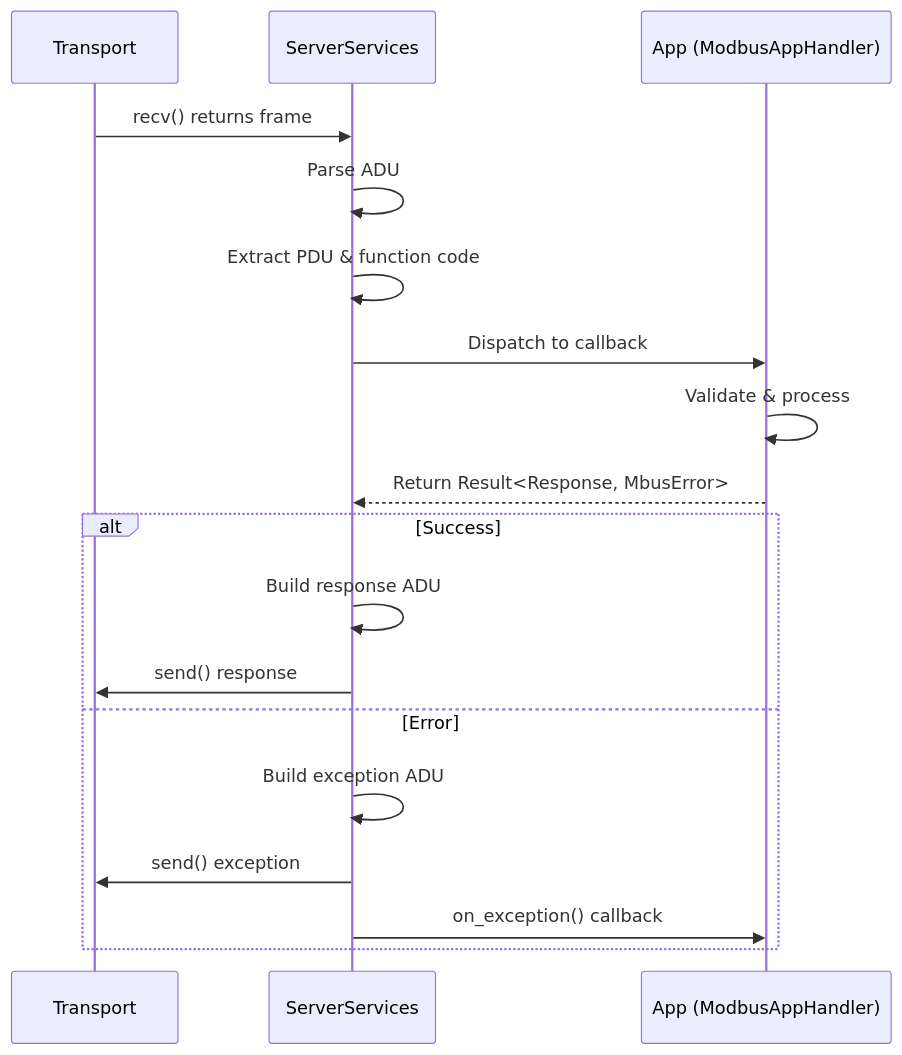
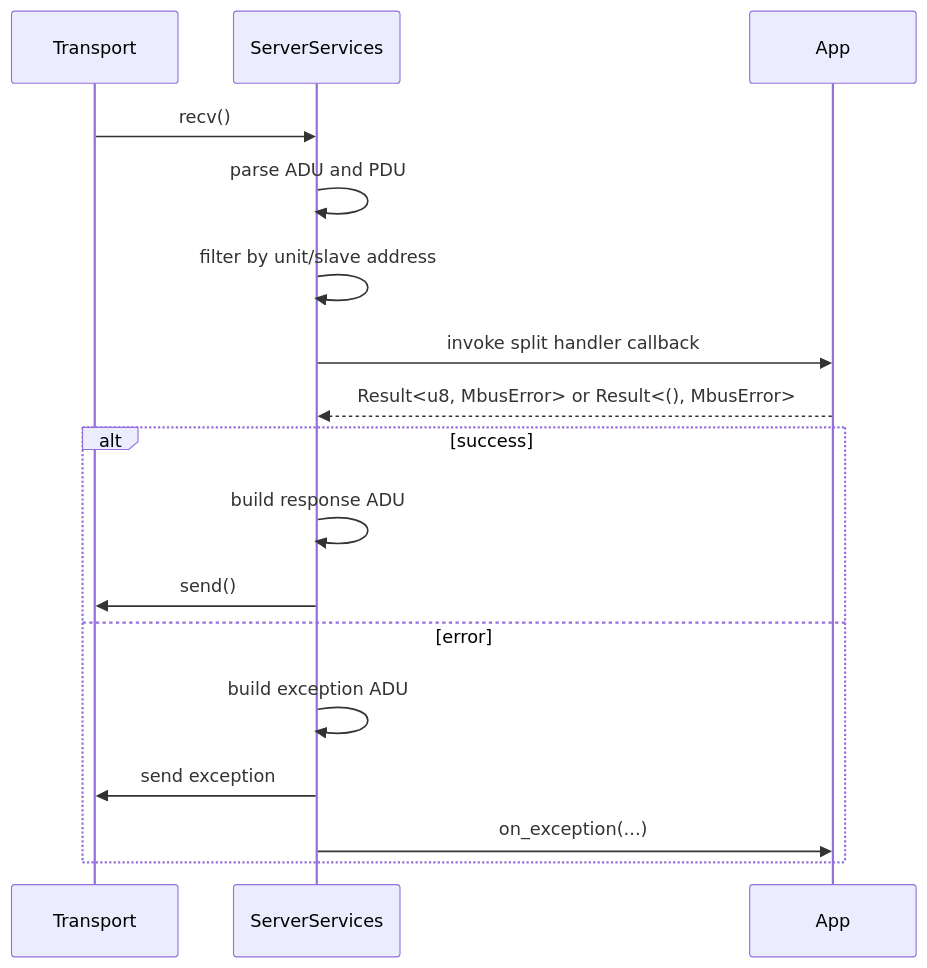
The diagram in documentation/server/architecture.md (Raghava-Ch/modbus-rs), drawn with Mermaid before and after one commit. The commit also changed other lines of this file and 84 other files, not shown here.

````diff
--- a/documentation/server/architecture.md
+++ b/documentation/server/architecture.md
@@ -73,21 +62,20 @@
 ```mermaid
 sequenceDiagram
     participant T as Transport
     participant S as ServerServices
-    participant A as App (ModbusAppHandler)
-    
-    T->>S: recv() returns frame
-    S->>S: Parse ADU
-    S->>S: Extract PDU & function code
-    S->>A: Dispatch to callback
-    A->>A: Validate & process
-    A-->>S: Return Result<Response, MbusError>
-    alt Success
-        S->>S: Build response ADU
-        S->>T: send() response
-    else Error
-        S->>S: Build exception ADU
-        S->>T: send() exception
-        S->>A: on_exception() callback
+    participant A as App
+
+    T->>S: recv()
+    S->>S: parse ADU and PDU
+    S->>S: filter by unit/slave address
+    S->>A: invoke split handler callback
+    A-->>S: Result<u8, MbusError> or Result<(), MbusError>
+    alt success
+        S->>S: build response ADU
+        S->>T: send()
+    else error
+        S->>S: build exception ADU
+        S->>T: send exception
+        S->>A: on_exception(...)
     end
 ```
````
